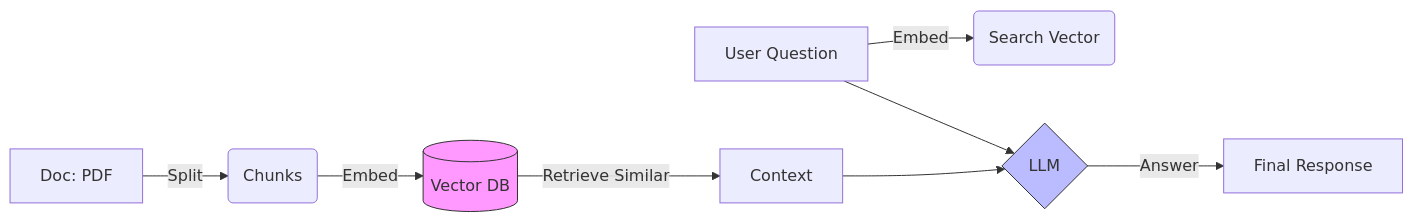
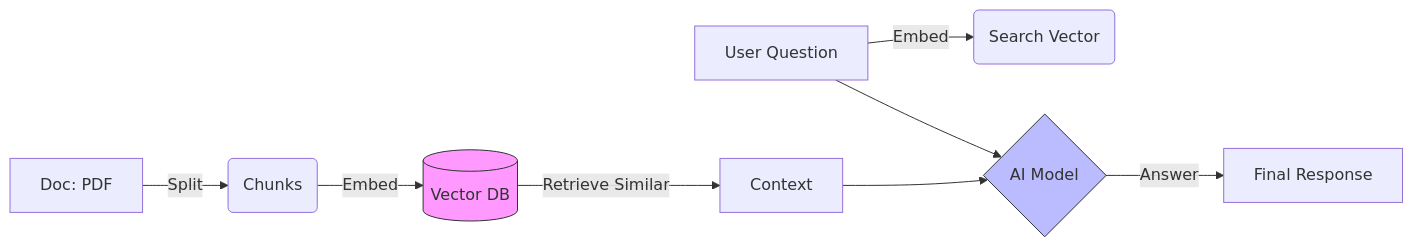
One commit to jpechetty-debug/AIbasics changed the diagram in curriculum/week6/day3_intro_rag.md. Above: the diagram before and after it, drawn with Mermaid. The commit also changed other lines of this file and 75 other files, not shown here.

````diff
--- a/curriculum/week6/day3_intro_rag.md
+++ b/curriculum/week6/day3_intro_rag.md
@@ -73,12 +73,12 @@
 ```mermaid
 flowchart LR
     A[Doc: PDF] -->|Split| B(Chunks)
     B -->|Embed| C[(Vector DB)]
     U[User Question] -->|Embed| D(Search Vector)
     C -->|Retrieve Similar| E[Context]
-    U --> F{LLM}
+    U --> F{AI Model}
     E --> F
     F -->|Answer| G[Final Response]
     style C fill:#f9f,stroke:#333
     style F fill:#bbf,stroke:#333
 ```
````
